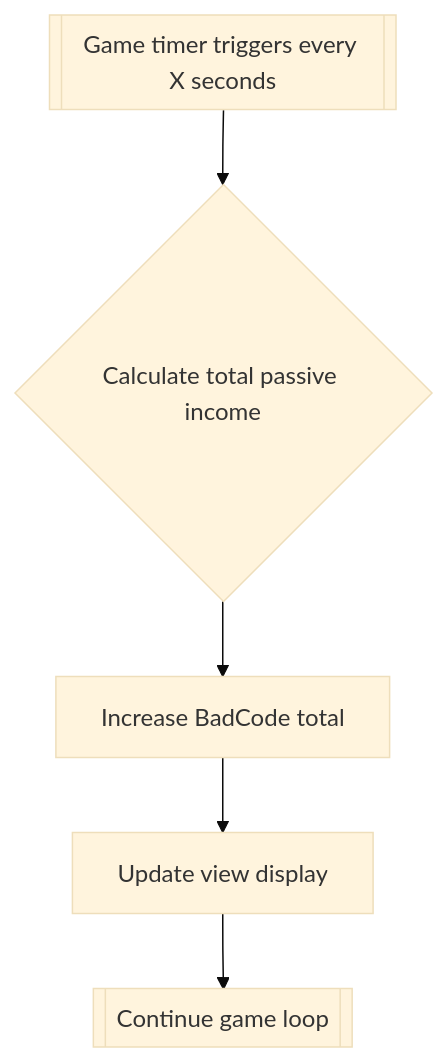
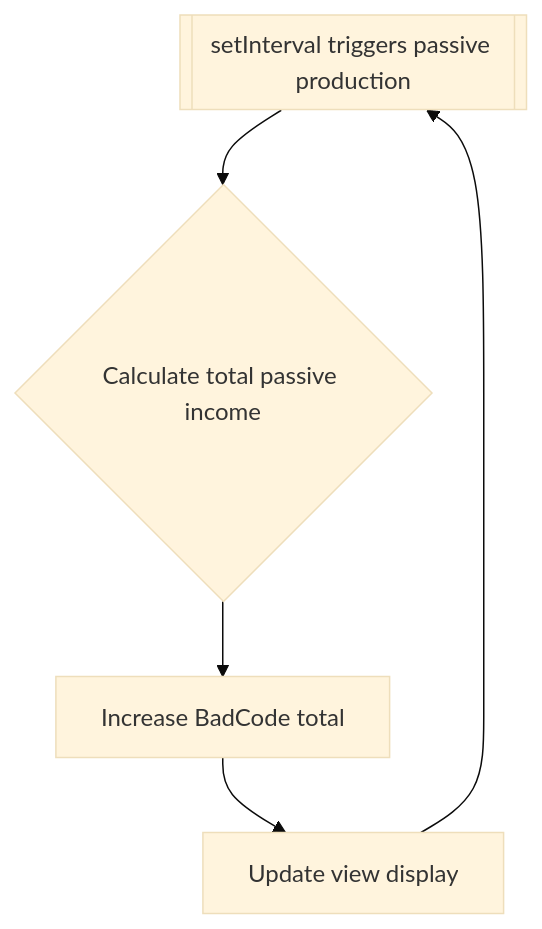
One commit to MoulikB/2452-project changed the sixth of 6 diagrams in flows.md. Above: the diagram before and after it, drawn with Mermaid (base theme). The commit also changed other lines of this file and 2 other files, not shown here.

Commit message:
Updated domain flows and sql

````diff
--- a/flows.md
+++ b/flows.md
@@ -81,13 +124,12 @@
 ```mermaid
 flowchart TD
-    timer[[Game timer triggers every X seconds]]
+    timer[[setInterval triggers passive production]]
     calculate{Calculate total passive income}
     update[Increase BadCode total]
     notify[Update view display]
-    loop[[Continue game loop]]
 
     timer --> calculate
     calculate --> update
     update --> notify
-    notify --> loop
+    notify --> timer
 ```
````
